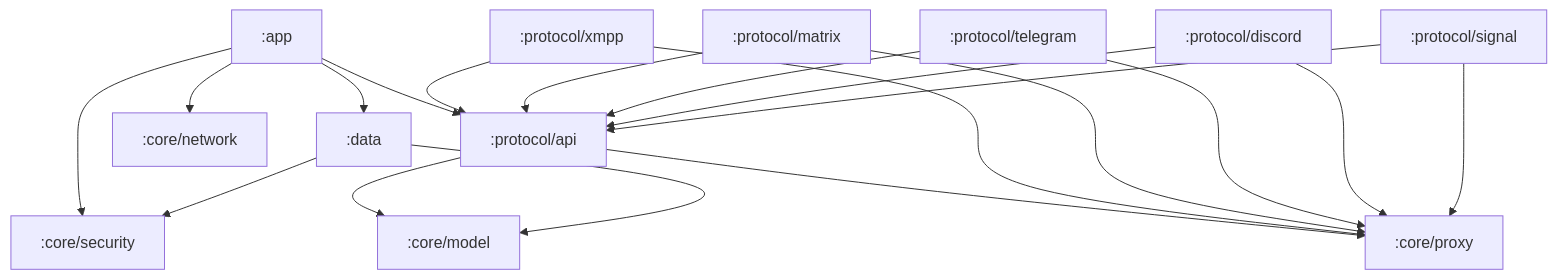
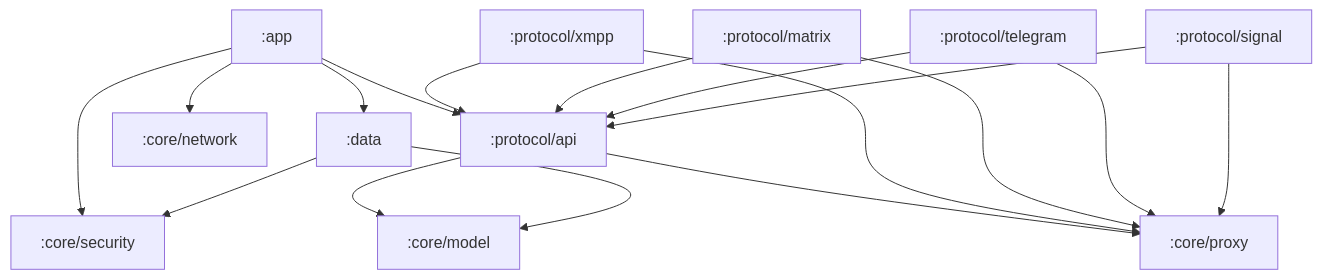
Before and after one commit to LTechnologies0/SecureMessenger: the diagram in docs/ARCHITECTURE.md, drawn with Mermaid. The commit also changed other lines of this file and 102 other files, not shown here.

````diff
--- a/docs/ARCHITECTURE.md
+++ b/docs/ARCHITECTURE.md
@@ -7,34 +7,31 @@
 ```mermaid
 flowchart TB
     APP[:app]
     DATA[:data]
     NET[:core/network]
     PROXY[:core/proxy]
     SEC[:core/security]
     MODEL[:core/model]
     PAPI[:protocol/api]
     XMPP[:protocol/xmpp]
     MATRIX[:protocol/matrix]
     TG[:protocol/telegram]
-    DISCORD[:protocol/discord]
     SIGNAL[:protocol/signal]
 
     APP --> DATA
     APP --> PAPI
     APP --> NET
     APP --> SEC
     XMPP --> PAPI
     MATRIX --> PAPI
     TG --> PAPI
-    DISCORD --> PAPI
     SIGNAL --> PAPI
     PAPI --> MODEL
     PAPI --> PROXY
     XMPP --> PROXY
     MATRIX --> PROXY
     TG --> PROXY
-    DISCORD --> PROXY
     SIGNAL --> PROXY
     DATA --> SEC
     DATA --> MODEL
 ```
````
